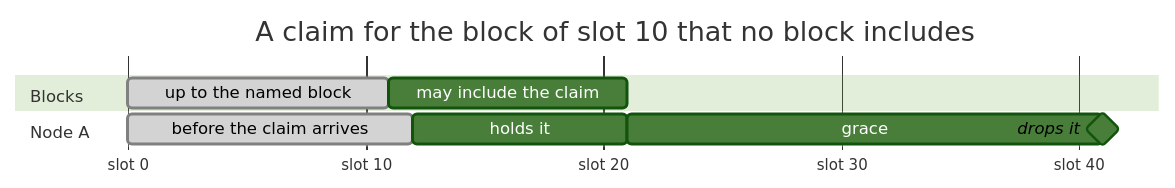
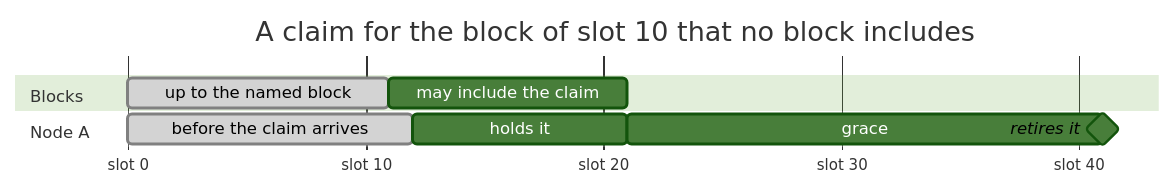
The second of 3 diagrams in docs/blockchain/raw/mempool.md (logos-co/logos-lips), drawn with Mermaid (forest theme) before and after one commit. The commit also changed other lines of this file and 1 other file, not shown here.

````diff
--- a/docs/blockchain/raw/mempool.md
+++ b/docs/blockchain/raw/mempool.md
@@ -71,22 +71,22 @@
 ```mermaid
 ---
 displayMode: compact
 config:
   gantt:
     useWidth: 800
 ---
 gantt
     title A claim for the block of slot 10 that no block includes
     dateFormat X
     axisFormat slot %s
     tickInterval 10second
     todayMarker off
     section Blocks
         up to the named block : done, b0, 0, 11s
         may include the claim : b1, after b0, 10s
     section Node A
         before the claim arrives : done, a0, 0, 12s
         holds it : a1, after a0, 9s
         grace : a2, after a1, 20s
-        drops it : milestone, a3, after a2, 0s
+        retires it : milestone, a3, after a2, 0s
 ```
````
